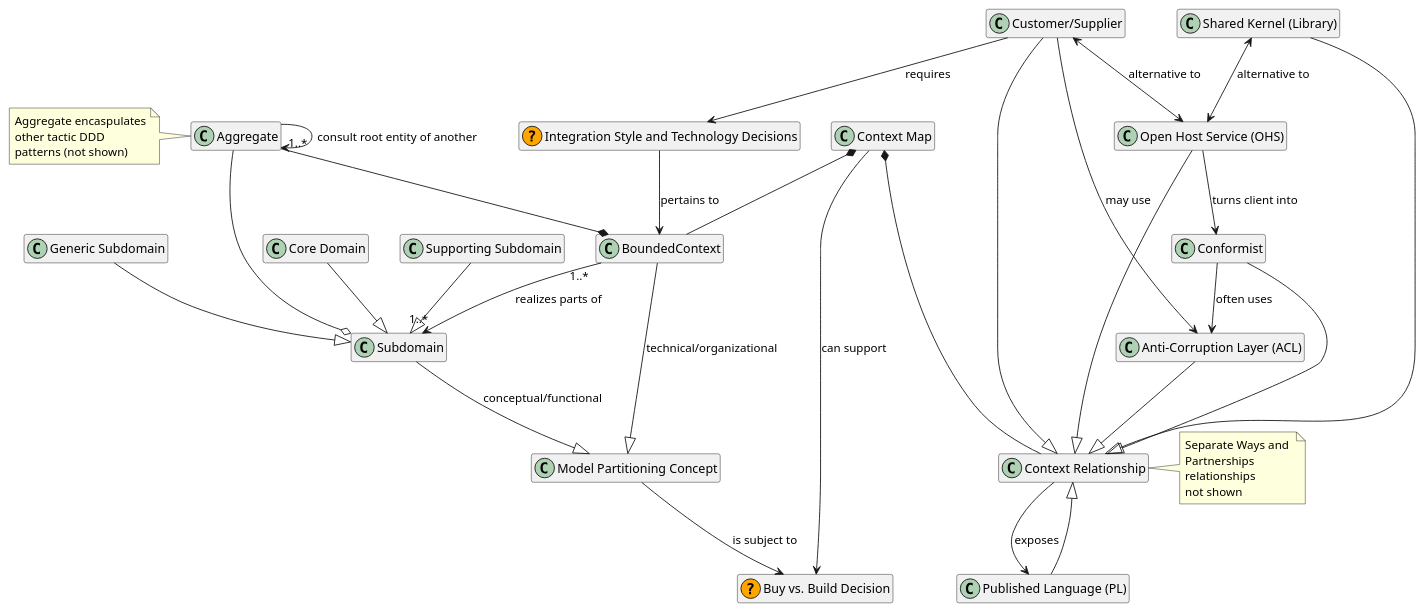
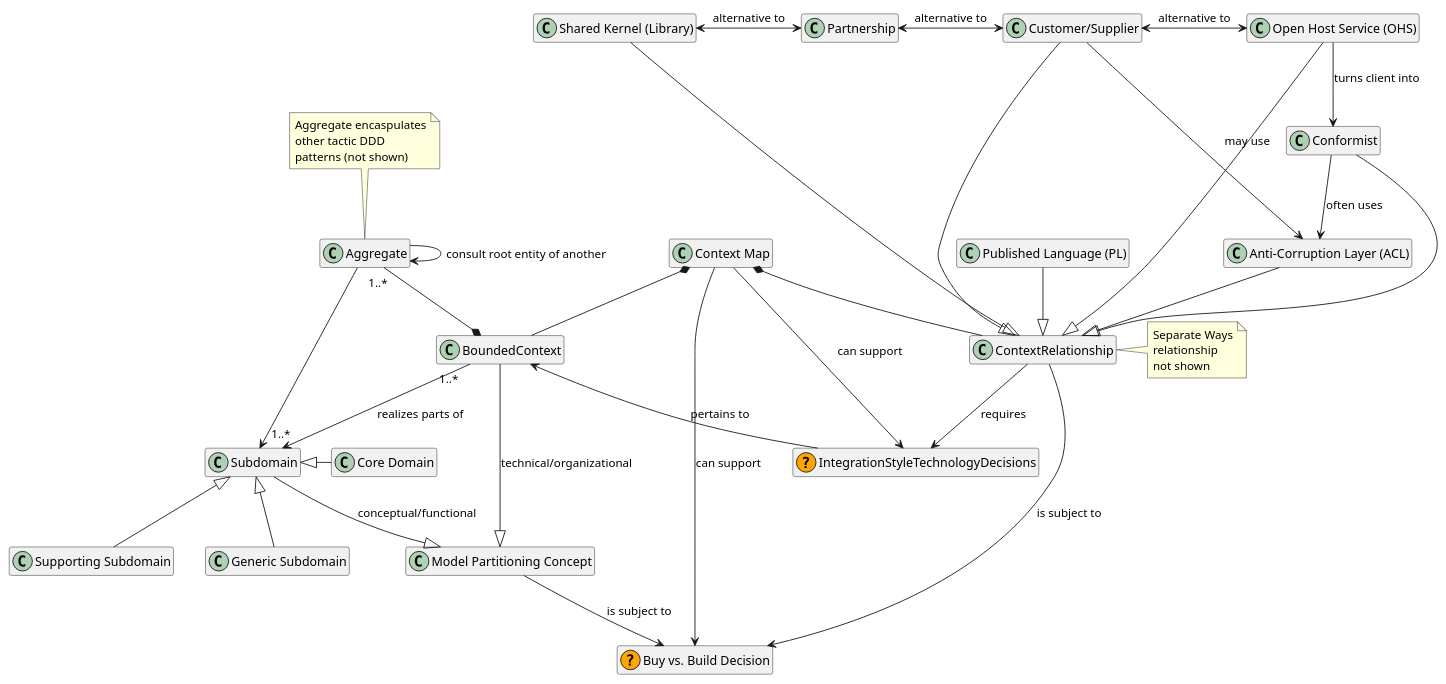
Before and after one commit to socadk/design-practice-repository: the diagram in activities/images/StrategicDDDMetaModel.puml, drawn with PlantUML. The commit also changed 1 other file, not shown here.

```diff
--- a/activities/images/StrategicDDDMetaModel.puml
+++ b/activities/images/StrategicDDDMetaModel.puml
@@ -2,91 +2,100 @@
 @startuml StrategicDDDMetaModel
 
 ' TODO right now these are all "classes", this could be improved:
 ' https://plantuml.com/class-diagram#4b62dd14f1d33739
 
 hide members
 
+class Subdomain
+
 class "Core Domain" as CoreDomain
 class "Supporting Subdomain" as SupportingSubdomain
 class "Generic Subdomain" as GenericSubdomain
 
-class Subdomain
-
-CoreDomain --|> Subdomain
-SupportingSubdomain --|> Subdomain
-GenericSubdomain --|> Subdomain
+Subdomain <|- CoreDomain
+Subdomain <|-- SupportingSubdomain 
+Subdomain <|-- GenericSubdomain
 
 class "Model Partitioning Concept" as ModelPartitioningConcept
 
 Subdomain --|> ModelPartitioningConcept : "conceptual/functional"
 
 class Aggregate
 
-Aggregate --o Subdomain 
+Aggregate --> Subdomain
 
 Aggregate --> Aggregate : "consult root entity of another"
 
-note left of Aggregate
+note top of Aggregate
   Aggregate encaspulates
   other tactic DDD 
   patterns (not shown)
 end note
  
 class BoundedContext
 
 BoundedContext --|> ModelPartitioningConcept : "technical/organizational"
 
 BoundedContext "1..*" --> "1..*" Subdomain : "realizes parts of"
 
 Aggregate "1..*" --* BoundedContext 
 
 class "Context Map" as ContextMap
 
 ContextMap *-- BoundedContext 
 
 class "Buy vs. Build Decision" as BuyVsBuildDecision << (?,Orange) >> 
 
 ModelPartitioningConcept --> BuyVsBuildDecision : "is subject to"
+ContextRelationship --> BuyVsBuildDecision : "is subject to"
 
 ContextMap --> BuyVsBuildDecision : "can support"
+ContextMap --> IntegrationStyleTechnologyDecisions : "can support"
 
 class "Context Relationship" as ContextRelationship
 
 ContextMap *-- ContextRelationship
 
 class "Published Language (PL)" as PublishedLanguage
 
-ContextRelationship --> PublishedLanguage : "exposes"
+'ContextRelationship --> PublishedLanguage : "exposes"
 PublishedLanguage --|> ContextRelationship
 
 note right of ContextRelationship
-  Separate Ways and 
-  Partnerships
-  relationships
+  Separate Ways
+  relationship
   not shown
 end note
 
 class "Shared Kernel (Library)" as SharedKernel
 class "Open Host Service (OHS)" as OpenHostService
 class "Customer/Supplier" as CustomerSupplier
 class "Anti-Corruption Layer (ACL)" as AntiCorruptionLayer
 class Conformist
 
 SharedKernel --|> ContextRelationship
 OpenHostService --|> ContextRelationship
 CustomerSupplier --|> ContextRelationship
 Conformist --|> ContextRelationship
 AntiCorruptionLayer --|> ContextRelationship
 
-SharedKernel <--> OpenHostService : "alternative to"
-CustomerSupplier <--> OpenHostService : "alternative to"
+SharedKernel <-> Partnership : "alternative to"
+'SharedKernel <-> OpenHostService : "alternative to"
+Partnership <-> CustomerSupplier : "alternative to"
+CustomerSupplier <-> OpenHostService : "alternative to"
 CustomerSupplier --> AntiCorruptionLayer : "may use"
 Conformist --> AntiCorruptionLayer : "often uses"
 OpenHostService --> Conformist : "turns client into"
 
 class "Integration Style and Technology Decisions" as IntegrationStyleTechnologyDecisions << (?,Orange) >> 
 
-CustomerSupplier --> IntegrationStyleTechnologyDecisions : "requires"
-IntegrationStyleTechnologyDecisions --> BoundedContext : "pertains to"
+'SharedKernel --> IntegrationStyleTechnologyDecisions : "requires"
+'Conformist --> IntegrationStyleTechnologyDecisions : "requires"
+'OpenHostService --> IntegrationStyleTechnologyDecisions : "requires"
+'CustomerSupplier --> IntegrationStyleTechnologyDecisions : "requires"
+ContextRelationship --> IntegrationStyleTechnologyDecisions : "requires"
+
+'BuyVsBuildDecision --> BoundedContext : "pertains to"
+BoundedContext <-- IntegrationStyleTechnologyDecisions : "pertains to"
 
 @enduml
```
